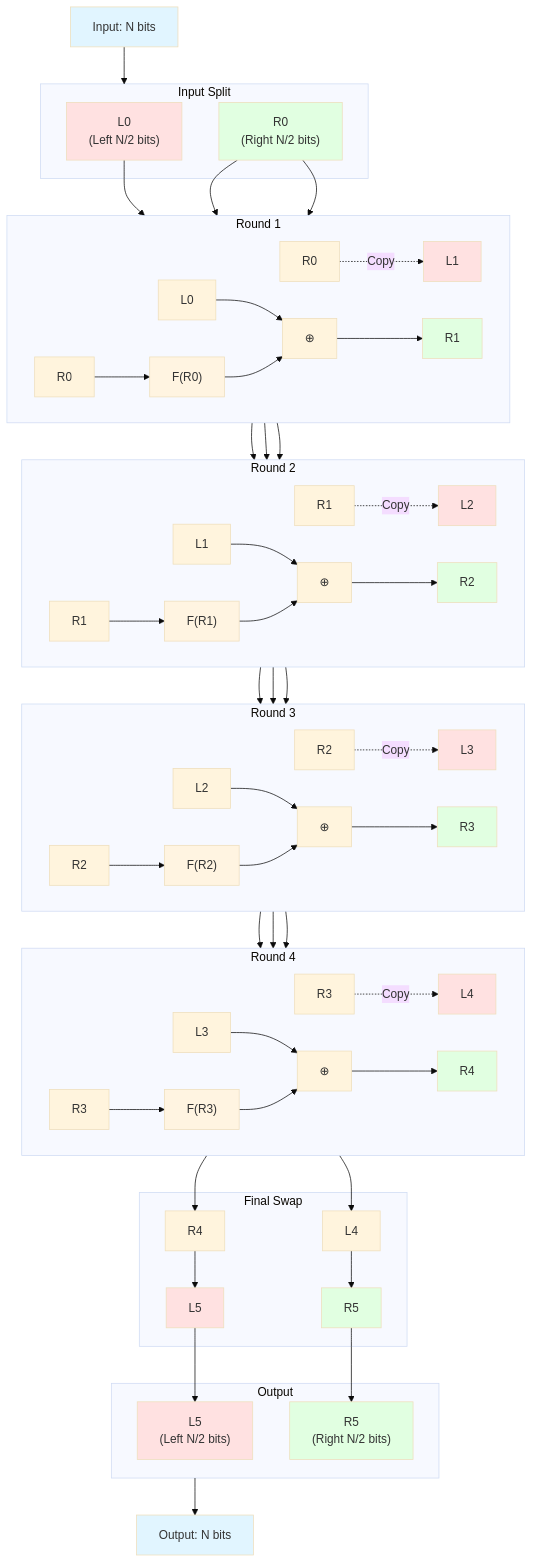
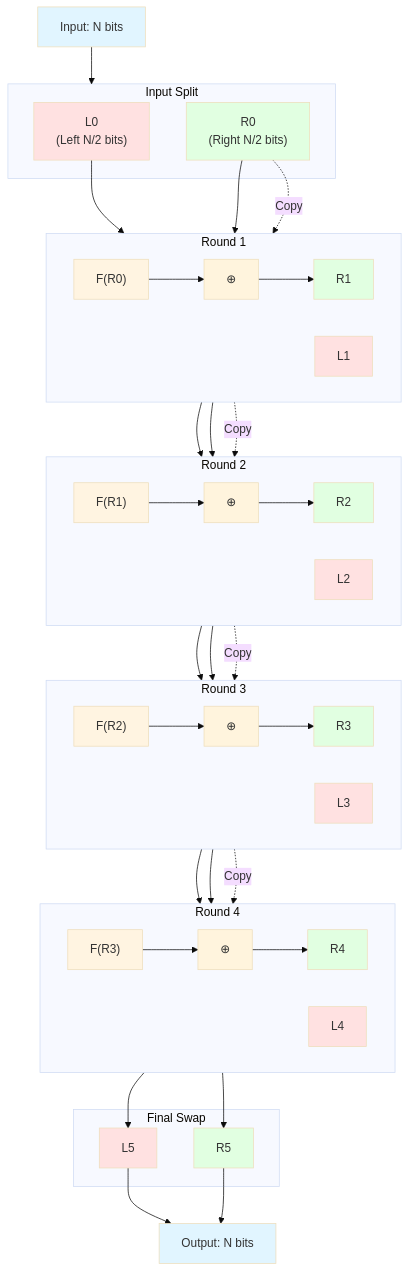
The first of 2 diagrams in README.md (devall-org/feistel_cipher), drawn with Mermaid (base theme) before and after one commit.

Commit message:
docs: Simplify flowchart by removing redundant input nodes
- Remove duplicate input nodes (L0_in, R0_in, etc.) in each round
- Data flows directly from previous round outputs to next round operations
- Cleaner and more concise diagram structure

```diff
--- a/README.md
+++ b/README.md
@@ -19,70 +19,72 @@
     
     subgraph Round1["Round 1"]
         direction LR
-        L0_in["L0"] --> XOR1["⊕"]
-        R0_in["R0"] --> F1["F(R0)"]
-        R0_in2["R0"] -.Copy.-> L1["L1"]
-        F1 --> XOR1
-        XOR1 --> R1["R1"]
+        XOR1["⊕"]
+        F1["F(R0)"]
+        L1["L1"]
+        R1["R1"]
     end
     
     subgraph Round2["Round 2"]
         direction LR
-        L1_in["L1"] --> XOR2["⊕"]
-        R1_in["R1"] --> F2["F(R1)"]
-        R1_in2["R1"] -.Copy.-> L2["L2"]
-        F2 --> XOR2
-        XOR2 --> R2["R2"]
+        XOR2["⊕"]
+        F2["F(R1)"]
+        L2["L2"]
+        R2["R2"]
     end
     
     subgraph Round3["Round 3"]
         direction LR
-        L2_in["L2"] --> XOR3["⊕"]
-        R2_in["R2"] --> F3["F(R2)"]
-        R2_in2["R2"] -.Copy.-> L3["L3"]
-        F3 --> XOR3
-        XOR3 --> R3["R3"]
+        XOR3["⊕"]
+        F3["F(R2)"]
+        L3["L3"]
+        R3["R3"]
     end
     
     subgraph Round4["Round 4"]
         direction LR
-        L3_in["L3"] --> XOR4["⊕"]
-        R3_in["R3"] --> F4["F(R3)"]
-        R3_in2["R3"] -.Copy.-> L4["L4"]
-        F4 --> XOR4
-        XOR4 --> R4["R4"]
+        XOR4["⊕"]
+        F4["F(R3)"]
+        L4["L4"]
+        R4["R4"]
     end
     
     subgraph Final["Final Swap"]
-        L4_in["L4"] --> R5["R5"]
-        R4_in["R4"] --> L5["L5"]
-    end
-    
-    subgraph Out["Output"]
-        L5_out["L5<br/>(Left N/2 bits)"]
-        R5_out["R5<br/>(Right N/2 bits)"]
+        L5["L5"]
+        R5["R5"]
     end
     
     Input --> Initial
-    L0 --> L0_in
-    R0 --> R0_in
-    R0 --> R0_in2
-    L1 --> L1_in
-    R1 --> R1_in
-    R1 --> R1_in2
-    L2 --> L2_in
-    R2 --> R2_in
-    R2 --> R2_in2
-    L3 --> L3_in
-    R3 --> R3_in
-    R3 --> R3_in2
-    L4 --> L4_in
-    R4 --> R4_in
-    L5 --> L5_out
-    R5 --> R5_out
     
-    Output["Output: N bits"]
-    Out --> Output
+    L0 --> XOR1
+    R0 --> F1
+    R0 -.Copy.-> L1
+    F1 --> XOR1
+    XOR1 --> R1
+    
+    L1 --> XOR2
+    R1 --> F2
+    R1 -.Copy.-> L2
+    F2 --> XOR2
+    XOR2 --> R2
+    
+    L2 --> XOR3
+    R2 --> F3
+    R2 -.Copy.-> L3
+    F3 --> XOR3
+    XOR3 --> R3
+    
+    L3 --> XOR4
+    R3 --> F4
+    R3 -.Copy.-> L4
+    F4 --> XOR4
+    XOR4 --> R4
+    
+    L4 --> R5
+    R4 --> L5
+    
+    L5 --> Output["Output: N bits"]
+    R5 --> Output
     
     style Input fill:#e1f5ff
     style Output fill:#e1f5ff
@@ -98,8 +100,6 @@
     style R4 fill:#e1ffe1
     style L5 fill:#ffe1e1
     style R5 fill:#e1ffe1
-    style L5_out fill:#ffe1e1
-    style R5_out fill:#e1ffe1
     style F1 fill:#fff4e1
     style F2 fill:#fff4e1
     style F3 fill:#fff4e1
```
